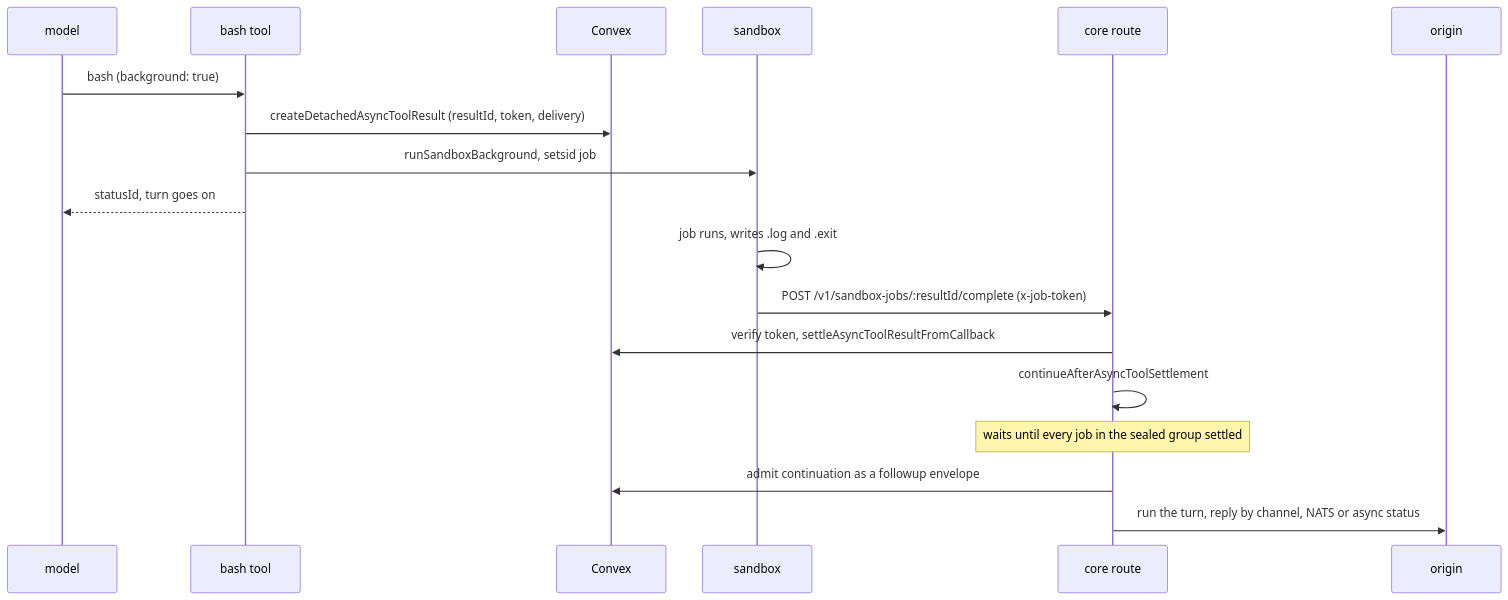
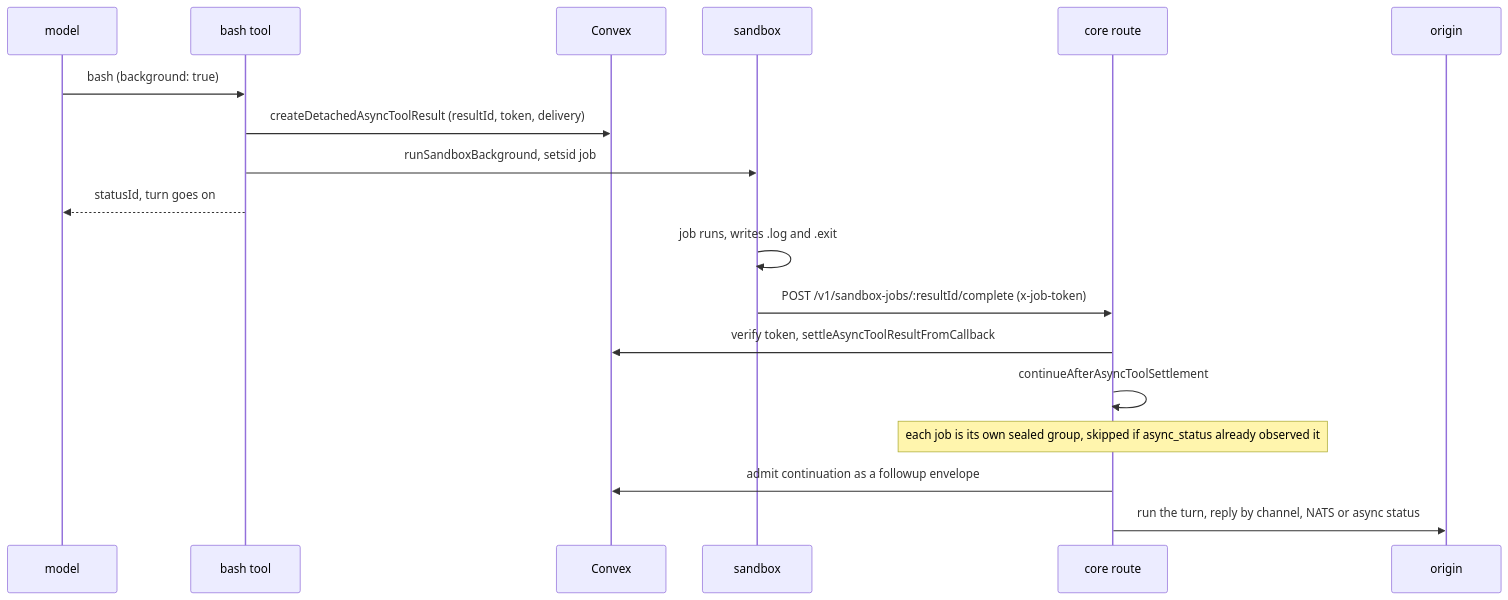
Before and after one commit to beeblastco/broods: the fifth of 6 diagrams in apps/docs/docs/internals/sandboxes.md, drawn with Mermaid. The commit also changed other lines of this file and 8 other files, not shown here.

First line of the commit message:
docs: fix internals diagrams that disagreed with the code

````diff
--- a/apps/docs/docs/internals/sandboxes.md
+++ b/apps/docs/docs/internals/sandboxes.md
@@ -235,21 +235,21 @@
 ```mermaid
 sequenceDiagram
   participant M as model
   participant B as bash tool
   participant CVX as Convex
   participant S as sandbox
   participant Core as core route
   participant O as origin
 
   M->>B: bash (background: true)
   B->>CVX: createDetachedAsyncToolResult (resultId, token, delivery)
   B->>S: runSandboxBackground, setsid job
   B-->>M: statusId, turn goes on
   S->>S: job runs, writes .log and .exit
   S->>Core: POST /v1/sandbox-jobs/:resultId/complete (x-job-token)
   Core->>CVX: verify token, settleAsyncToolResultFromCallback
   Core->>Core: continueAfterAsyncToolSettlement
-  Note over Core: waits until every job in the sealed group settled
+  Note over Core: each job is its own sealed group, skipped if async_status already observed it
   Core->>CVX: admit continuation as a followup envelope
   Core->>O: run the turn, reply by channel, NATS or async status
 ```
````
